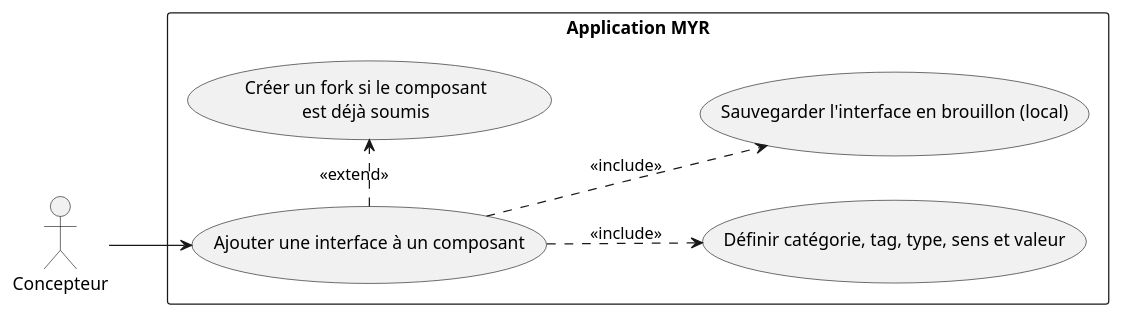
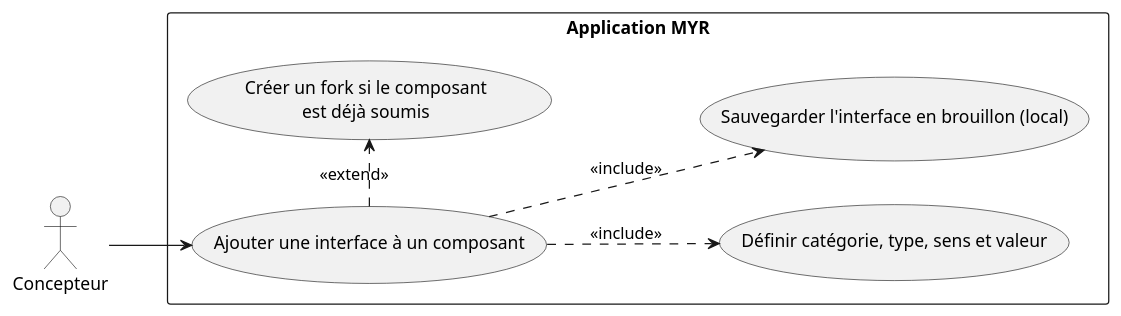
The first of 2 diagrams in specs/2-Analyse/UCCE-Composant_Ecriture/UCCE06.md (myr-forge/myr-core), drawn with PlantUML before and after one commit. The commit also changed other lines of this file and 23 other files, not shown here.

````diff
--- a/specs/2-Analyse/UCCE-Composant_Ecriture/UCCE06.md
+++ b/specs/2-Analyse/UCCE-Composant_Ecriture/UCCE06.md
@@ -27,20 +27,20 @@
 ```plantuml
 @startuml
 left to right direction
 
 actor "Concepteur" as C
 
 rectangle "Application MYR" {
     usecase "Ajouter une interface à un composant" as UC1
-    usecase "Définir catégorie, tag, type, sens et valeur" as UC2
+    usecase "Définir catégorie, type, sens et valeur" as UC2
     usecase "Sauvegarder l'interface en brouillon (local)" as UC3
     usecase "Créer un fork si le composant\nest déjà soumis" as UC4
 }
 
 C --> UC1
 UC1 ..> UC2 : <<include>>
 UC1 ..> UC3 : <<include>>
 UC1 .> UC4 : <<extend>>
 
 @enduml
 ```
````
